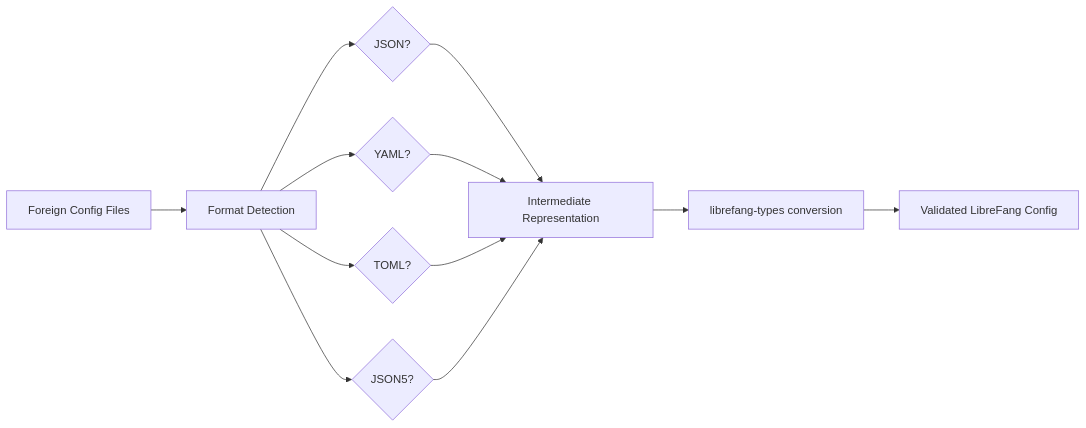
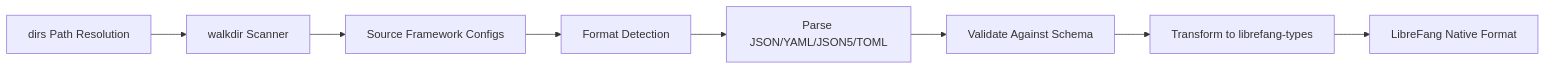
One commit to leszek3737/librefang-WIki changed the diagram in other-librefang-import.md. Above: the diagram before and after it, drawn with Mermaid. The commit also changed other lines of this file and 128 other files, not shown here.

````diff
--- a/other-librefang-import.md
+++ b/other-librefang-import.md
@@ -33,11 +38,11 @@
 ```mermaid
-flowchart LR
-    A[Foreign Config Files] --> B[Format Detection]
-    B --> C{JSON?}
-    B --> D{YAML?}
-    B --> E{TOML?}
-    B --> F{JSON5?}
-    C & D & E & F --> G[Intermediate Representation]
-    G --> H[librefang-types conversion]
-    H --> I[Validated LibreFang Config]
+graph LR
+    A[Source Framework Configs] --> B[Format Detection]
+    B --> C[Parse JSON/YAML/JSON5/TOML]
+    C --> D[Validate Against Schema]
+    D --> E[Transform to librefang-types]
+    E --> F[LibreFang Native Format]
+    
+    G[walkdir Scanner] --> A
+    H[dirs Path Resolution] --> G
 ```
````
